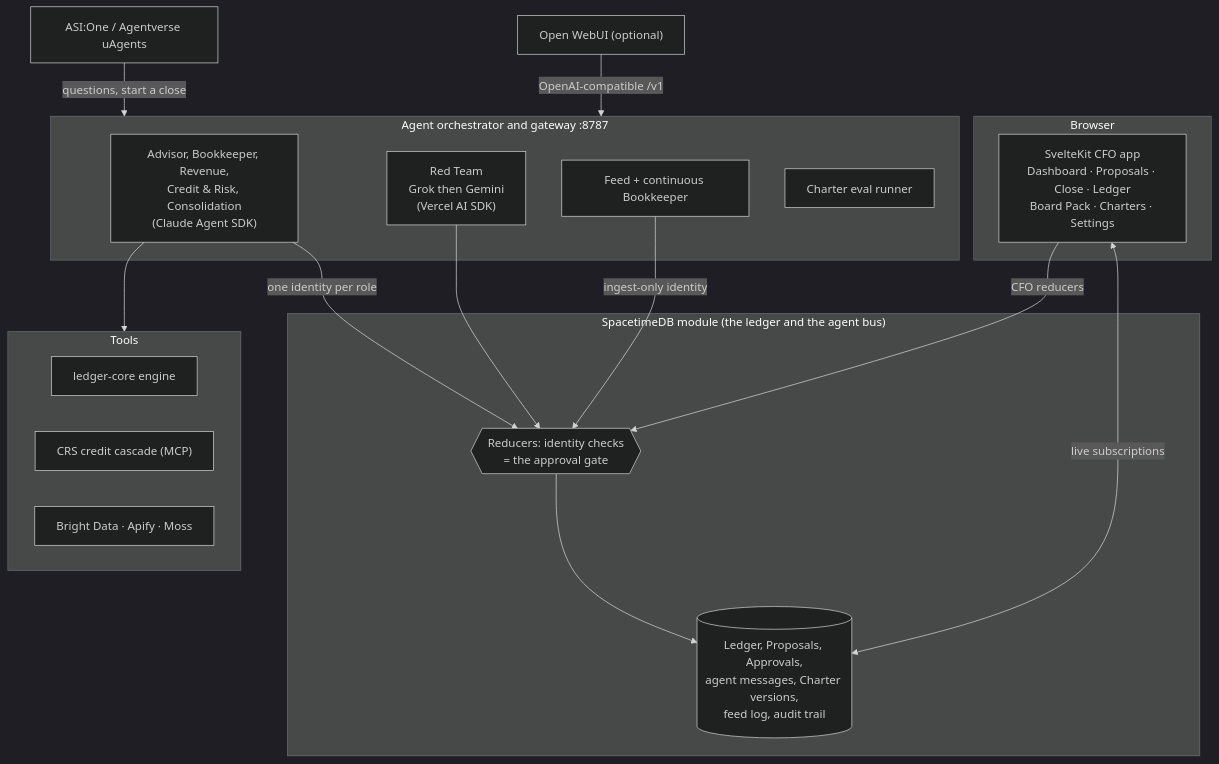
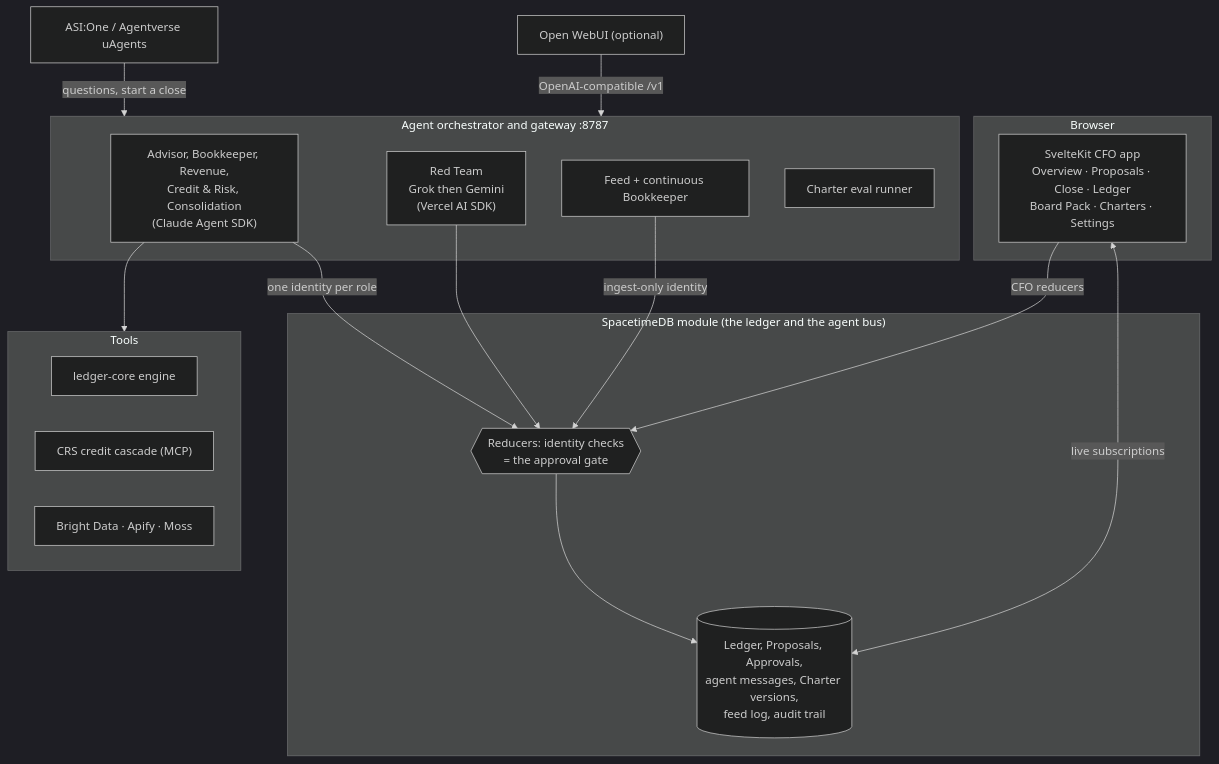
The second of 2 diagrams in README.md (3nvyx/cafoo), drawn with Mermaid (dark theme) before and after one commit. The commit also changed other lines of this file and 27 other files, not shown here.

First line of the commit message:
Update README and related files to reflect the transition from 'Dashboard' to 'Overview' terminology

````diff
--- a/README.md
+++ b/README.md
@@ -349,30 +349,30 @@
 ```mermaid
 flowchart TB
     subgraph Browser
-        UI["SvelteKit CFO app<br/>Dashboard · Proposals · Close · Ledger<br/>Board Pack · Charters · Settings"]
+        UI["SvelteKit CFO app<br/>Overview · Proposals · Close · Ledger<br/>Board Pack · Charters · Settings"]
     end
     subgraph DB["SpacetimeDB module (the ledger and the agent bus)"]
         T[("Ledger, Proposals, Approvals,<br/>agent messages, Charter versions,<br/>feed log, audit trail")]
         G{{"Reducers: identity checks<br/>= the approval gate"}}
     end
     subgraph Agents["Agent orchestrator and gateway :8787"]
         O["Advisor, Bookkeeper, Revenue,<br/>Credit & Risk, Consolidation<br/>(Claude Agent SDK)"]
         RT["Red Team<br/>Grok then Gemini<br/>(Vercel AI SDK)"]
         F["Feed + continuous Bookkeeper"]
         E["Charter eval runner"]
     end
     subgraph Tools["Tools"]
         LC["ledger-core engine"]
         CRS["CRS credit cascade (MCP)"]
         BD["Bright Data · Apify · Moss"]
     end
     UI <-->|live subscriptions| T
     UI -->|CFO reducers| G
     O -->|one identity per role| G
     RT --> G
     F -->|ingest-only identity| G
     G --> T
     O --> Tools
     OW["Open WebUI (optional)"] -->|OpenAI-compatible /v1| Agents
     ASI["ASI:One / Agentverse uAgents"] -->|questions, start a close| Agents
 ```
````
